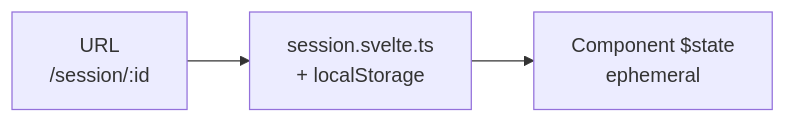
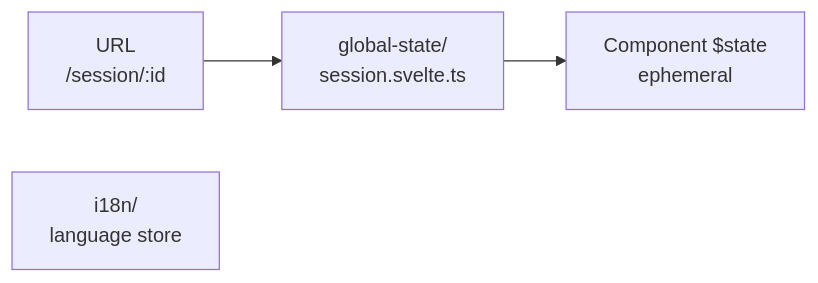
The fifth of 5 diagrams in docs/architecture.md (alke0001/scaffy), drawn with Mermaid before and after one commit. The commit also changed other lines of this file and 5 other files, not shown here.

First line of the commit message:
docs: Update API routes and architecture documentation

````diff
--- a/docs/architecture.md
+++ b/docs/architecture.md
@@ -262,9 +262,10 @@
 ```mermaid
 flowchart LR
   URL["URL<br/>/session/:id"]
-  Global["session.svelte.ts<br/>+ localStorage"]
+  GlobalRunes["global-state/<br/>session.svelte.ts"]
+  GlobalI18n["i18n/<br/>language store"]
   Local["Component $state<br/>ephemeral"]
 
-  URL --> Global
-  Global --> Local
+  URL --> GlobalRunes
+  GlobalRunes --> Local
 ```
````
